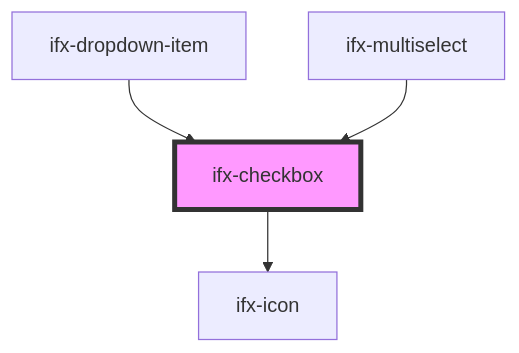
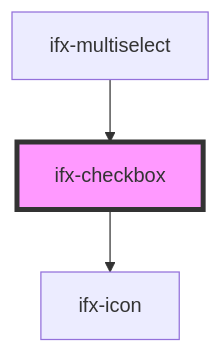
Before and after one commit to Infineon/infineon-design-system-stencil: the diagram in packages/components/src/components/checkbox/readme.md, drawn with Mermaid. The commit also changed other lines of this file and 4 other files, not shown here.

````diff
--- a/packages/components/src/components/checkbox/readme.md
+++ b/packages/components/src/components/checkbox/readme.md
@@ -38,7 +37,6 @@
 ```mermaid
 graph TD;
   ifx-checkbox --> ifx-icon
-  ifx-dropdown-item --> ifx-checkbox
   ifx-multiselect --> ifx-checkbox
   style ifx-checkbox fill:#f9f,stroke:#333,stroke-width:4px
 ```
````
